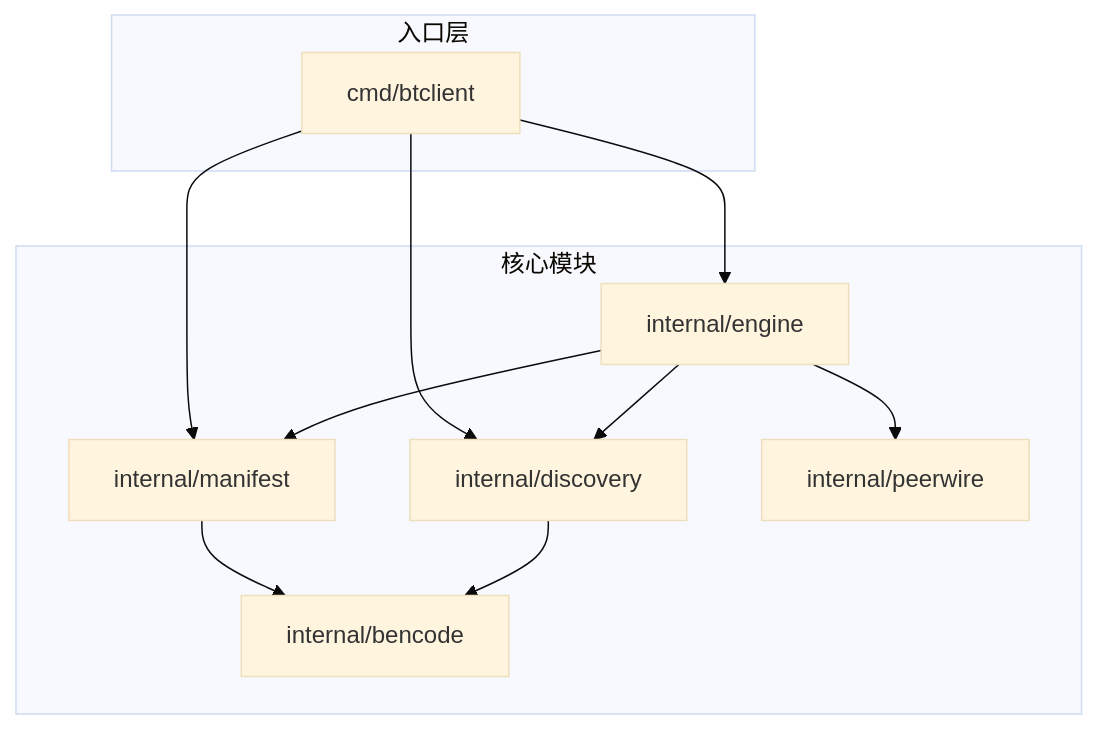
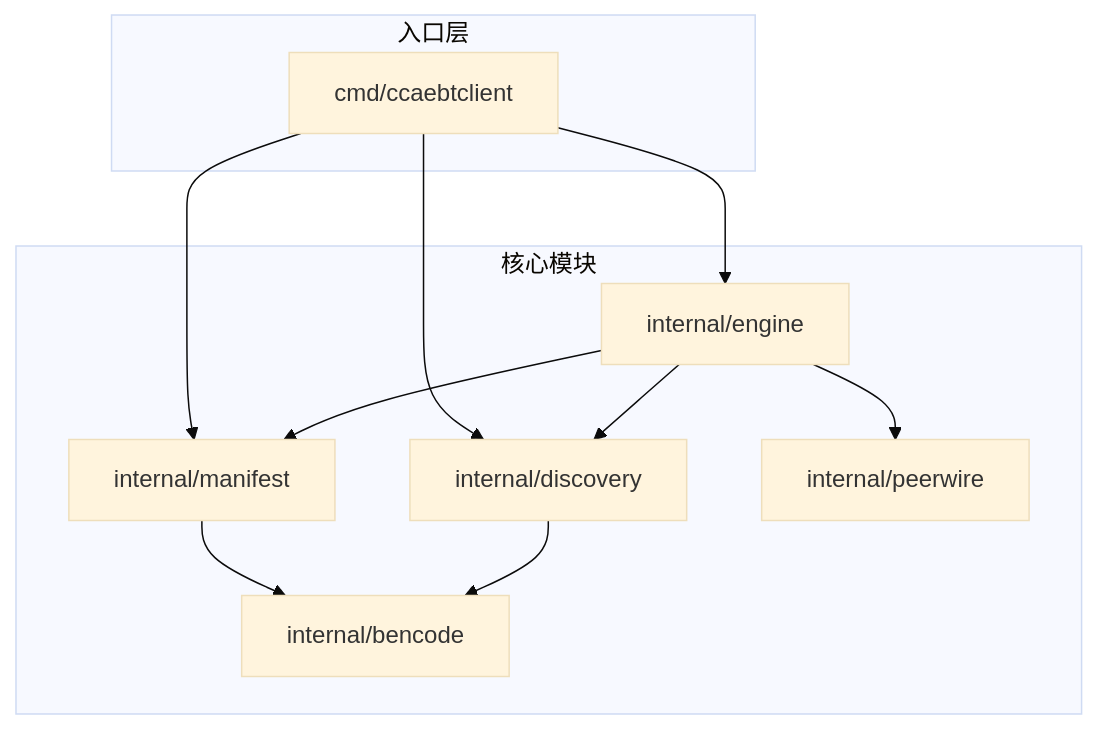
One commit to SimonMing47/BitTorrent changed the second of 7 diagrams in README.md. Above: the diagram before and after it, drawn with Mermaid (base theme). The commit also changed other lines of this file and 14 other files, not shown here.

````diff
--- a/README.md
+++ b/README.md
@@ -334,23 +334,23 @@
 ```mermaid
 flowchart TB
     subgraph CLI["入口层"]
-        E["cmd/btclient"]
+        E["cmd/ccaebtclient"]
     end
 
     subgraph CORE["核心模块"]
         B["internal/bencode"]
         M["internal/manifest"]
         D["internal/discovery"]
         P["internal/peerwire"]
         G["internal/engine"]
     end
 
     E --> M
     E --> D
     E --> G
     M --> B
     D --> B
     G --> M
     G --> D
     G --> P
 ```
````
